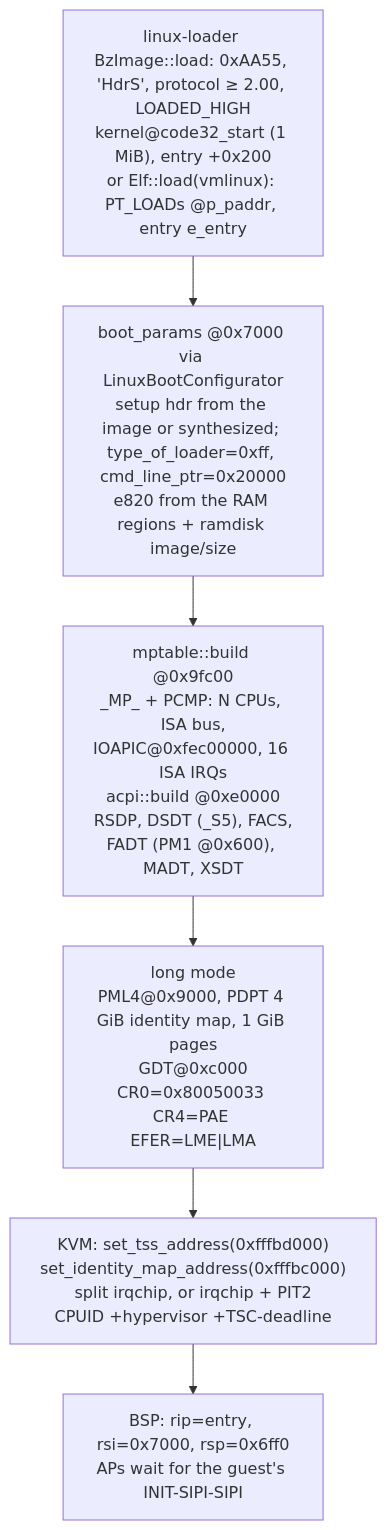
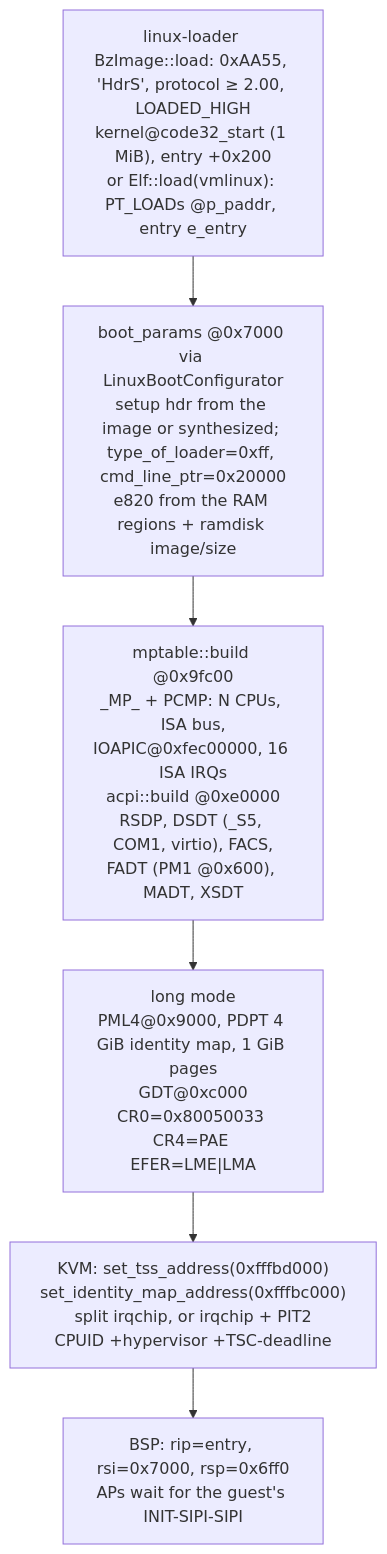
Before and after one commit to brig-sh/hvi-vmm: the third of 4 diagrams in docs/architecture.md, drawn with Mermaid. The commit also changed other lines of this file and 2 other files, not shown here.

````diff
--- a/docs/architecture.md
+++ b/docs/architecture.md
@@ -291,9 +291,9 @@
 ```mermaid
 flowchart TB
     A["linux-loader BzImage::load: 0xAA55, 'HdrS', protocol ≥ 2.00, LOADED_HIGH<br/>kernel@code32_start (1 MiB), entry +0x200<br/>or Elf::load(vmlinux): PT_LOADs @p_paddr, entry e_entry"] --> B
     B["boot_params @0x7000 via LinuxBootConfigurator<br/>setup hdr from the image or synthesized; type_of_loader=0xff, cmd_line_ptr=0x20000<br/>e820 from the RAM regions + ramdisk image/size"] --> C
-    C["mptable::build @0x9fc00<br/>_MP_ + PCMP: N CPUs, ISA bus,<br/>IOAPIC@0xfec00000, 16 ISA IRQs<br/>acpi::build @0xe0000<br/>RSDP, DSDT (_S5), FACS,<br/>FADT (PM1 @0x600), MADT, XSDT"] --> D
+    C["mptable::build @0x9fc00<br/>_MP_ + PCMP: N CPUs, ISA bus,<br/>IOAPIC@0xfec00000, 16 ISA IRQs<br/>acpi::build @0xe0000<br/>RSDP, DSDT (_S5, COM1, virtio), FACS,<br/>FADT (PM1 @0x600), MADT, XSDT"] --> D
     D["long mode<br/>PML4@0x9000, PDPT 4 GiB identity map, 1 GiB pages<br/>GDT@0xc000<br/>CR0=0x80050033 CR4=PAE EFER=LME|LMA"] --> E
     E["KVM: set_tss_address(0xfffbd000)<br/>set_identity_map_address(0xfffbc000)<br/>split irqchip, or irqchip + PIT2<br/>CPUID +hypervisor +TSC-deadline"] --> F
     F["BSP: rip=entry, rsi=0x7000, rsp=0x6ff0<br/>APs wait for the guest's INIT-SIPI-SIPI"]
 ```
````
